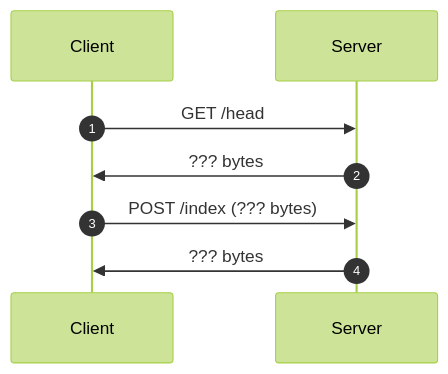
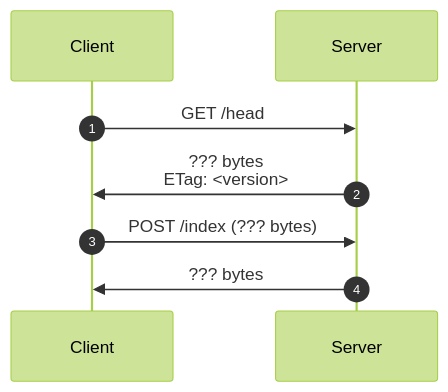
One commit to bitmeta69/securedrop changed the second of 4 diagrams in PROPOSAL.md. Above: the diagram before and after it, drawn with Mermaid (forest theme). The commit also changed other lines of this file and 2 other files, not shown here.

Commit message:
feat(/head): pass version in "If-None-Match" (request) and "ETag" (response) headers

````diff
--- a/PROPOSAL.md
+++ b/PROPOSAL.md
@@ -78,13 +78,13 @@
 ```mermaid
 sequenceDiagram
 autonumber
 
 participant Client
 participant Server
 
 Client ->> Server: GET /head
-Server ->> Client: ??? bytes
+Server ->> Client: ??? bytes<br>ETag: <version>
 
 Client ->> Server: POST /index (??? bytes)
 Server ->> Client: ??? bytes
 ```
````
